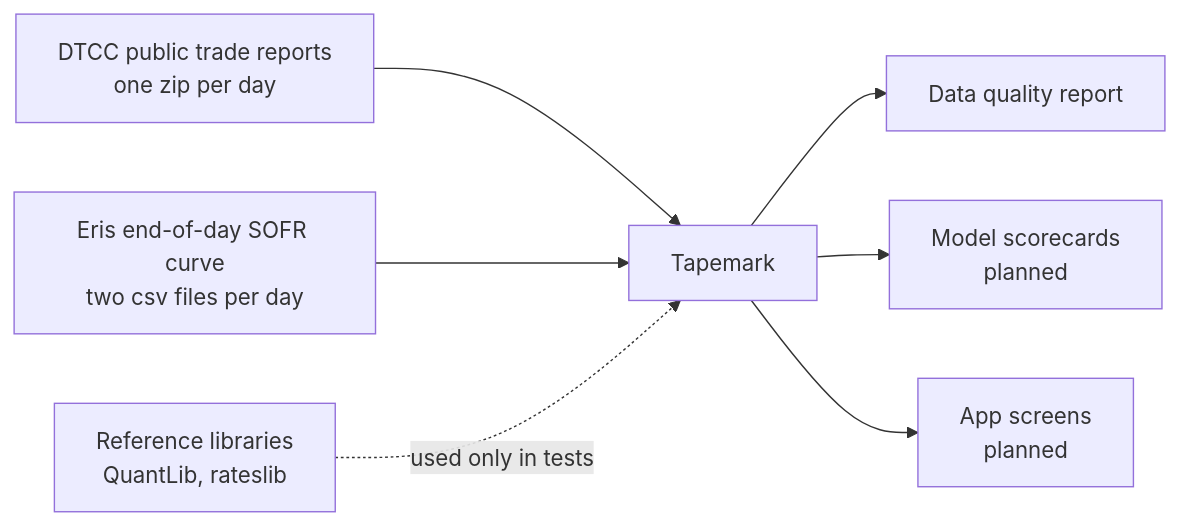
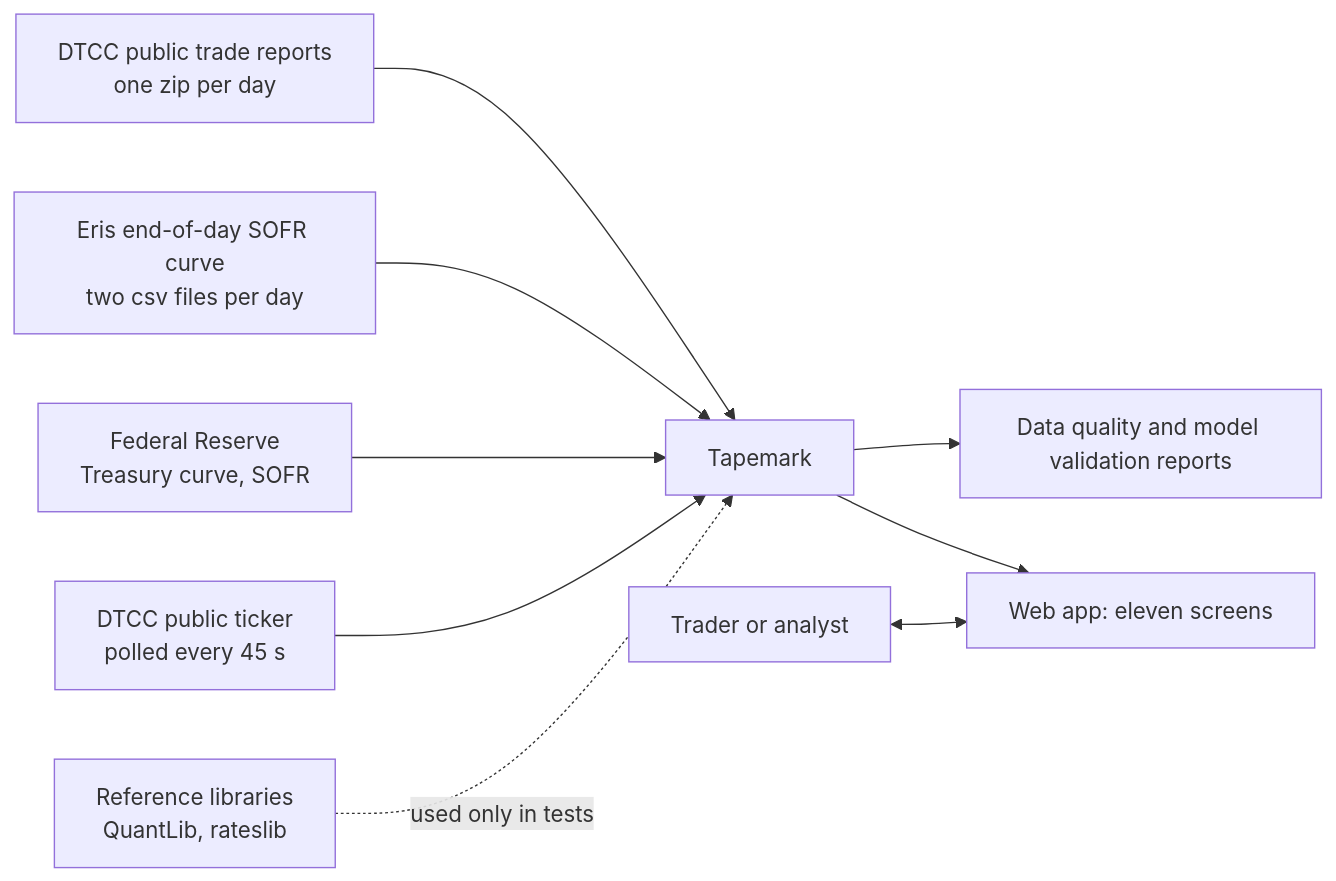
One commit to Parth4786/fixed_income changed the first of 5 diagrams in docs/ARCHITECTURE.md. Above: the diagram before and after it, drawn with Mermaid. The commit also changed other lines of this file and 58 other files, not shown here.

````diff
--- a/docs/ARCHITECTURE.md
+++ b/docs/ARCHITECTURE.md
@@ -12,10 +14,12 @@
 ```mermaid
 flowchart LR
     DTCC[DTCC public trade reports<br/>one zip per day] --> T
     ERIS[Eris end-of-day SOFR curve<br/>two csv files per day] --> T
     T[Tapemark]
-    T --> R[Data quality report]
-    T --> S[Model scorecards<br/>planned]
-    T --> A[App screens<br/>planned]
+    FED[Federal Reserve<br/>Treasury curve, SOFR] --> T
+    TICK[DTCC public ticker<br/>polled every 45 s] --> T
+    T --> R[Data quality and model validation reports]
+    T --> A[Web app: eleven screens]
+    U[Trader or analyst] <--> A
     REF[Reference libraries<br/>QuantLib, rateslib] -. used only in tests .-> T
 ```
````
